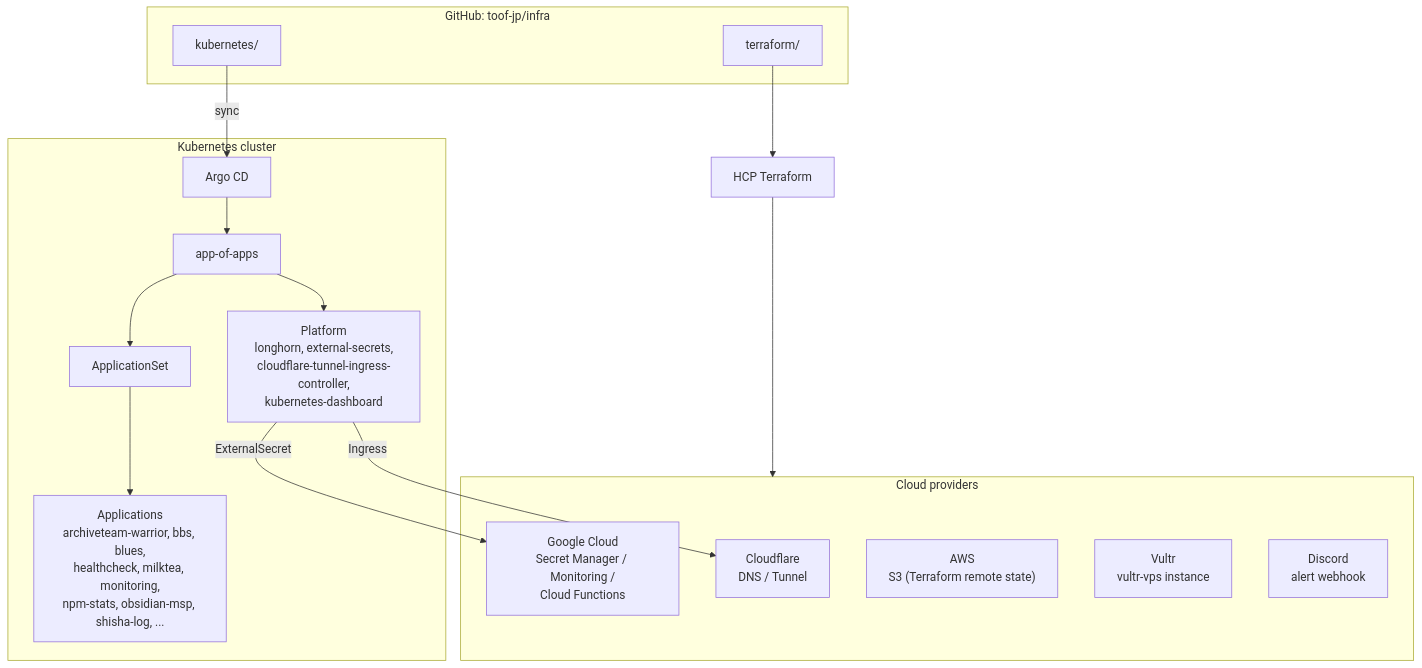
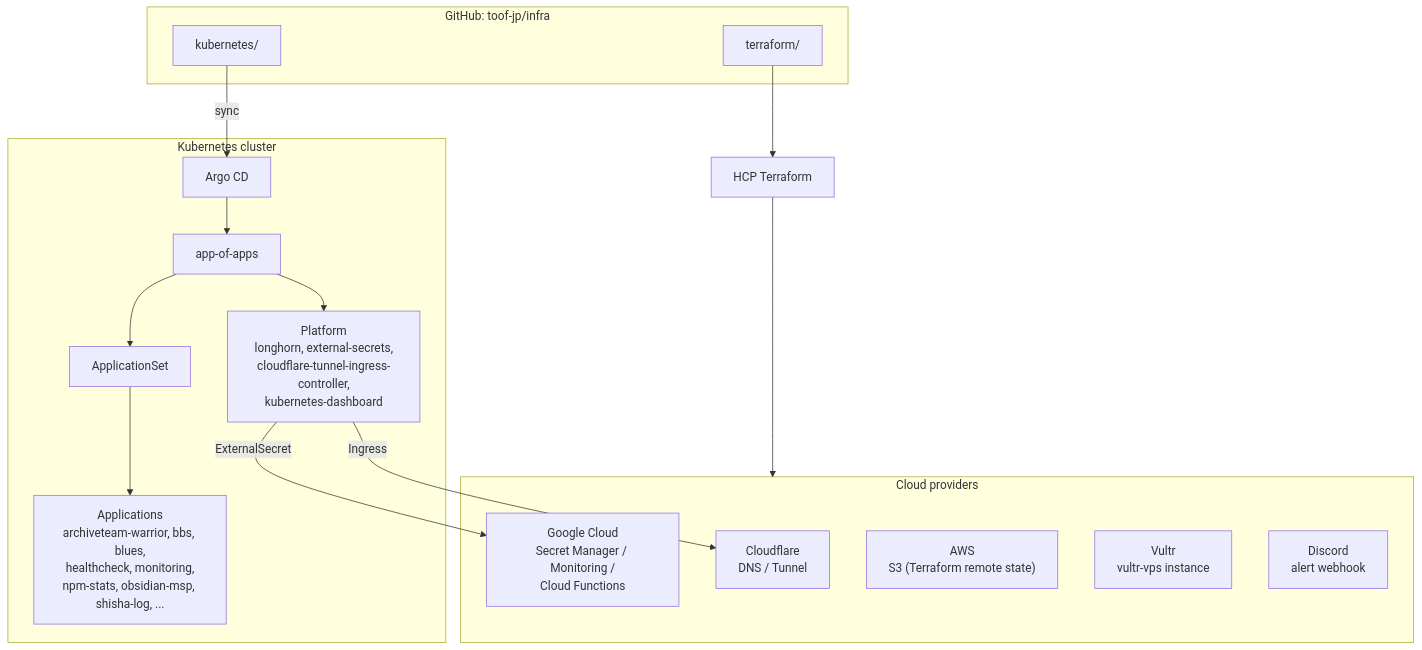
The first of 2 diagrams in README.md (toof-jp/infra), drawn with Mermaid before and after one commit. The commit also changed 4 other files, not shown here.

````diff
--- a/README.md
+++ b/README.md
@@ -23,37 +23,37 @@
 ```mermaid
 flowchart TB
     subgraph repo["GitHub: toof-jp/infra"]
         k8sdir["kubernetes/"]
         tfdir["terraform/"]
     end
 
     subgraph cluster["Kubernetes cluster"]
         argocd["Argo CD"]
         appofapps["app-of-apps"]
         appset["ApplicationSet"]
-        apps["Applications<br/>archiveteam-warrior, bbs, blues,<br/>healthcheck, milktea, monitoring,<br/>npm-stats, obsidian-msp, shisha-log, ..."]
+        apps["Applications<br/>archiveteam-warrior, bbs, blues,<br/>healthcheck, monitoring,<br/>npm-stats, obsidian-msp, shisha-log, ..."]
         platform["Platform<br/>longhorn, external-secrets,<br/>cloudflare-tunnel-ingress-controller,<br/>kubernetes-dashboard"]
     end
 
     subgraph providers["Cloud providers"]
         cloudflare["Cloudflare<br/>DNS / Tunnel"]
         gcp["Google Cloud<br/>Secret Manager / Monitoring /<br/>Cloud Functions"]
         aws["AWS<br/>S3 (Terraform remote state)"]
         vultr["Vultr<br/>vultr-vps instance"]
         discord["Discord<br/>alert webhook"]
     end
 
     hcp["HCP Terraform"]
 
     k8sdir -->|sync| argocd
     argocd --> appofapps
     appofapps --> appset
     appofapps --> platform
     appset --> apps
 
     tfdir --> hcp
     hcp --> providers
 
     platform -->|ExternalSecret| gcp
     platform -->|Ingress| cloudflare
 ```
````
